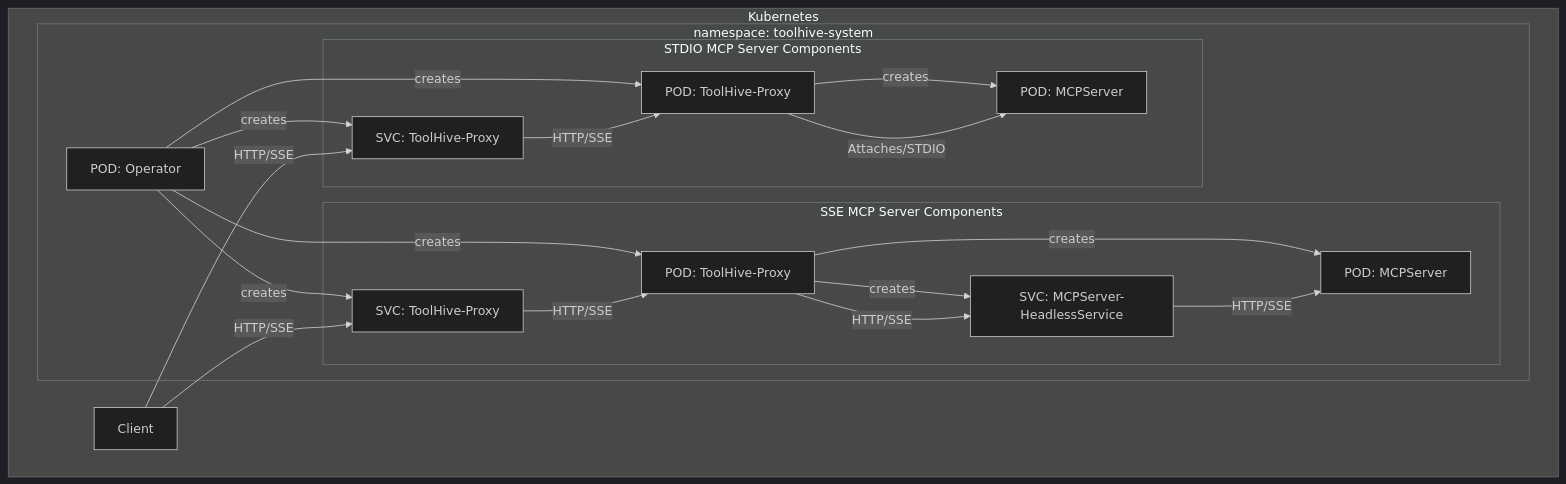
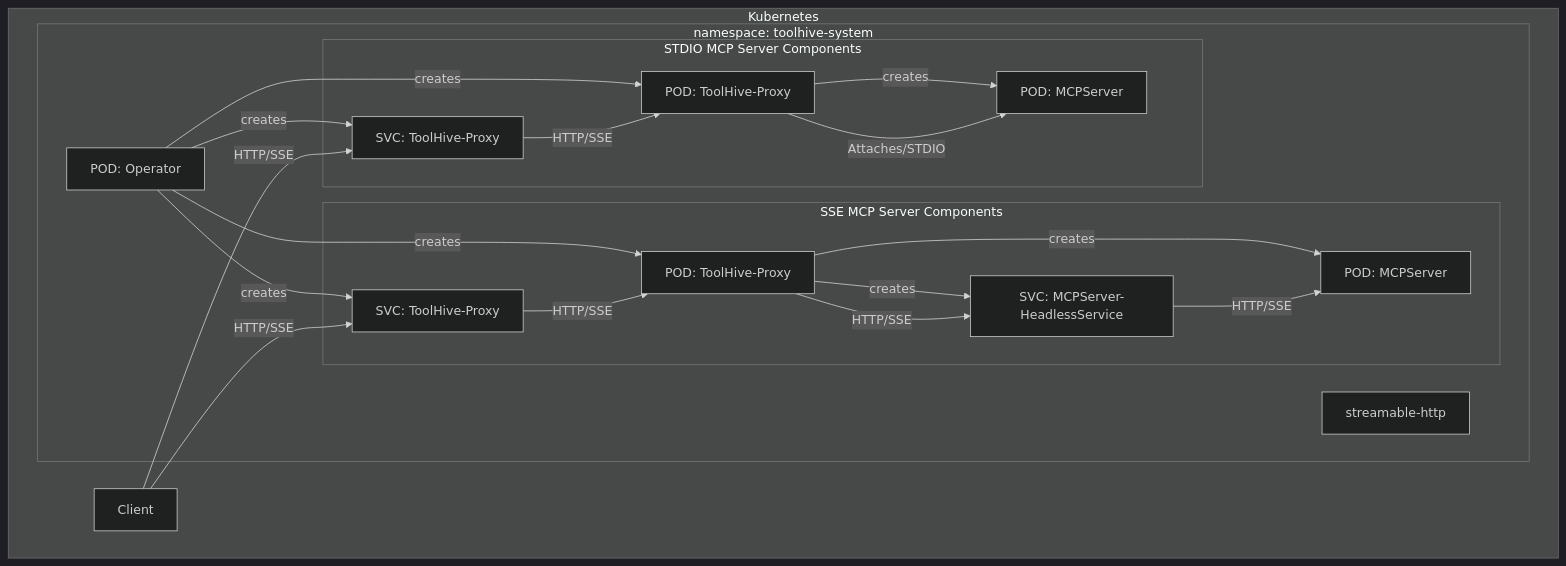
The diagram in cmd/thv-operator/README.md (stacklok/toolhive), drawn with Mermaid before and after one commit. The commit also changed other lines of this file and 28 other files, not shown here.

First line of the commit message:
feat: add support for streamable http clients

````diff
--- a/cmd/thv-operator/README.md
+++ b/cmd/thv-operator/README.md
@@ -16,36 +16,37 @@
 ```mermaid
 ---
 config:
   theme: dark
   look: classic
   layout: dagre
 ---
 flowchart LR
  subgraph Kubernetes
    direction LR
     namespace
     User1["Client"]
  end
  subgraph namespace[namespace: toolhive-system]
     operator["POD: Operator"]
     sse
+    streamable-http
     stdio
  end
 
  subgraph sse[SSE MCP Server Components]
     operator -- creates --> THVProxySSE[POD: ToolHive-Proxy] & TPSSSE[SVC: ToolHive-Proxy]
     THVProxySSE -- creates --> MCPServerSSE[POD: MCPServer] & MCPHeadlessSSE[SVC: MCPServer-HeadlessService]
     User1 -- HTTP/SSE --> TPSSSE
     TPSSSE -- HTTP/SSE --> THVProxySSE
     THVProxySSE -- HTTP/SSE --> MCPHeadlessSSE
     MCPHeadlessSSE -- HTTP/SSE --> MCPServerSSE
  end
 
  subgraph stdio[STDIO MCP Server Components]
     operator -- creates --> THVProxySTDIO[POD: ToolHive-Proxy] & TPSSTDIO[SVC: ToolHive-Proxy]
     THVProxySTDIO -- creates --> MCPServerSTDIO[POD: MCPServer]
     User1 -- HTTP/SSE --> TPSSTDIO
     TPSSTDIO -- HTTP/SSE --> THVProxySTDIO
     THVProxySTDIO -- Attaches/STDIO --> MCPServerSTDIO
  end
 ```
````
